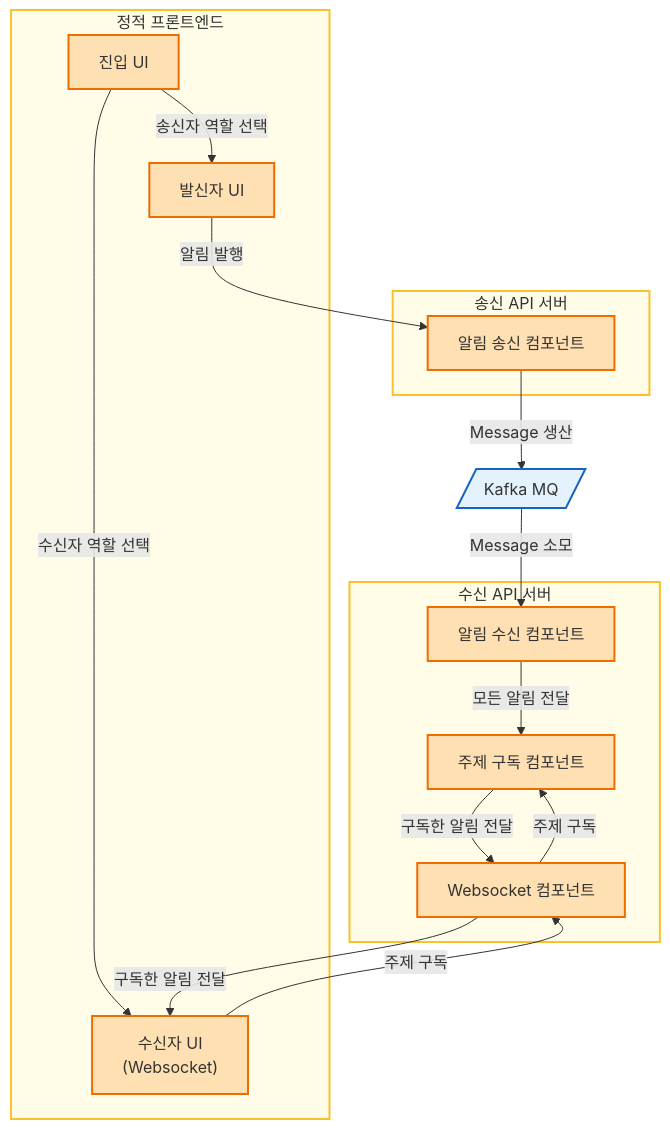
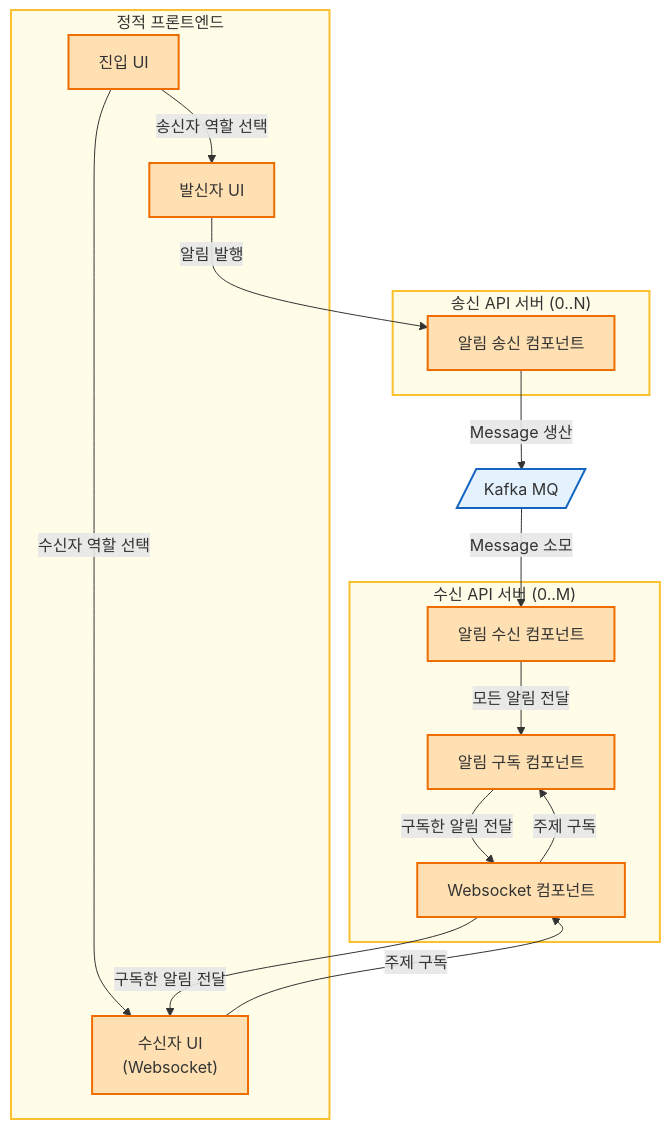
Before and after one commit to ywcheong/simple-websocket-mq: the second of 2 diagrams in README.md, drawn with Mermaid. The commit also changed other lines of this file, not shown here.

````diff
--- a/README.md
+++ b/README.md
@@ -103,53 +103,53 @@
 ```mermaid
 flowchart TD
     %% 메시지 브로커
     MessageBroker[/Kafka MQ/]
 
     %% 웹 클라이언트
     subgraph StaticFrontend["정적 프론트엔드"]
         HelloUI[진입 UI]
         SenderUI[발신자 UI]
         ReceiverUI["수신자 UI
         (Websocket)"]
     end
 
-    subgraph SenderServer["송신 API 서버"]
+    subgraph SenderServer["송신 API 서버 (0..N)"]
         SenderComponent["알림 송신 컴포넌트"]
     end
 
-    subgraph ReceiverServer["수신 API 서버"]
+    subgraph ReceiverServer["수신 API 서버 (0..M)"]
         WebsocketComponent["Websocket 컴포넌트"]
-        SubscribeComponent["주제 구독 컴포넌트"]
+        SubscribeComponent["알림 구독 컴포넌트"]
         ReceiverComponent["알림 수신 컴포넌트"]
     end
 
     %% 유스케이스: 역할 선택
     HelloUI -- 송신자 역할 선택 --> SenderUI
     HelloUI -- 수신자 역할 선택 --> ReceiverUI
 
     %% 유스케이스: 알림 송수신 및 구독
     SenderUI -- 알림 발행 --> SenderComponent
 
     ReceiverUI -- 주제 구독 --> WebsocketComponent
     WebsocketComponent -- 주제 구독 --> SubscribeComponent
 
     ReceiverComponent -- 모든 알림 전달 --> SubscribeComponent
     SubscribeComponent -- 구독한 알림 전달 --> WebsocketComponent
     WebsocketComponent -- 구독한 알림 전달 --> ReceiverUI
 
     %% 알림 발행
     SenderComponent -- Message 생산 --> MessageBroker
 
     %% 알림 수신
     MessageBroker -- Message 소모 --> ReceiverComponent
 
     %% 스타일 및 클래스 지정
     classDef mq fill:#e3f2fd,stroke:#1565c0,stroke-width:2px;
     classDef server fill:#fffde7,stroke:#fbc02d,stroke-width:2px;
     classDef component fill:#ffe0b2,stroke:#ef6c00,stroke-width:2px;
     classDef api fill:#ececff,stroke:#a081de,stroke-width:2px;
     class MessageBroker mq;
     class StaticFrontend,SenderServer,ReceiverServer server;
     class HelloUI,SenderUI,ReceiverUI,ReceiverWebsocket component;
     class SenderComponent,SubscribeComponent,ReceiverComponent,WebsocketComponent component;
 ```
````
